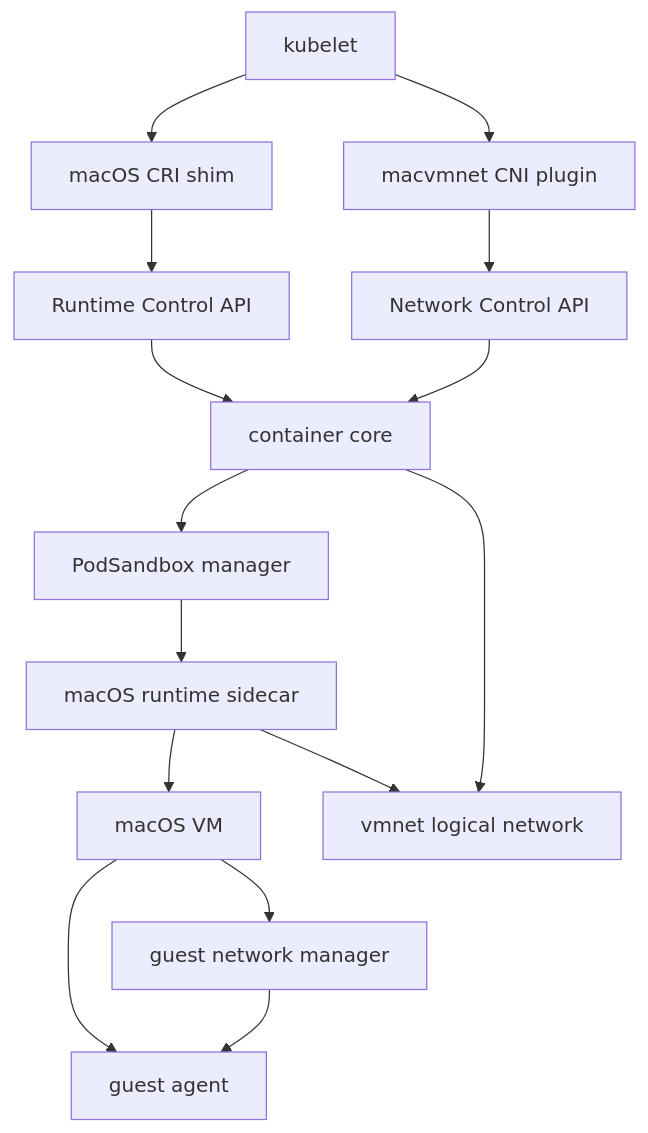
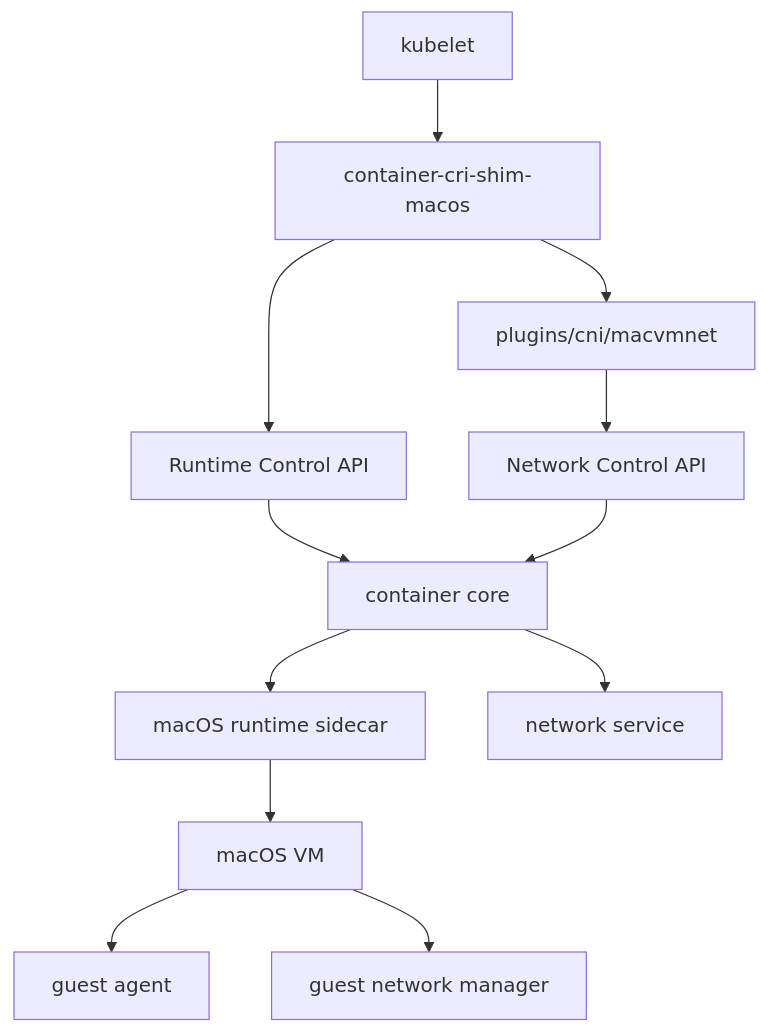
Before and after one commit to jianliang00/container: the diagram in docs/macos-guest-k8s-cri-cni-roadmap.md, drawn with Mermaid. The commit also changed other lines of this file, not shown here.

Commit message:
docs: rewrite macos guest cri cni integration reference

````diff
--- a/docs/macos-guest-k8s-cri-cni-roadmap.md
+++ b/docs/macos-guest-k8s-cri-cni-roadmap.md
@@ -155,17 +61,14 @@
 ```mermaid
 flowchart TD
-    Kubelet["kubelet"] --> CRI["macOS CRI shim"]
+    Kubelet["kubelet"] --> CRI["container-cri-shim-macos"]
+    CRI --> CNI["plugins/cni/macvmnet"]
     CRI --> RAPI["Runtime Control API"]
-    Kubelet --> CNI["macvmnet CNI plugin"]
     CNI --> NAPI["Network Control API"]
     RAPI --> Core["container core"]
     NAPI --> Core
-    Core --> Sandbox["PodSandbox manager"]
-    Sandbox --> Sidecar["macOS runtime sidecar"]
+    Core --> Sidecar["macOS runtime sidecar"]
     Sidecar --> VM["macOS VM"]
     VM --> Agent["guest agent"]
     VM --> GuestNet["guest network manager"]
-    Core --> Vmnet["vmnet logical network"]
-    Sidecar --> Vmnet
-    GuestNet --> Agent
+    Core --> NetSvc["network service"]
 ```
````
